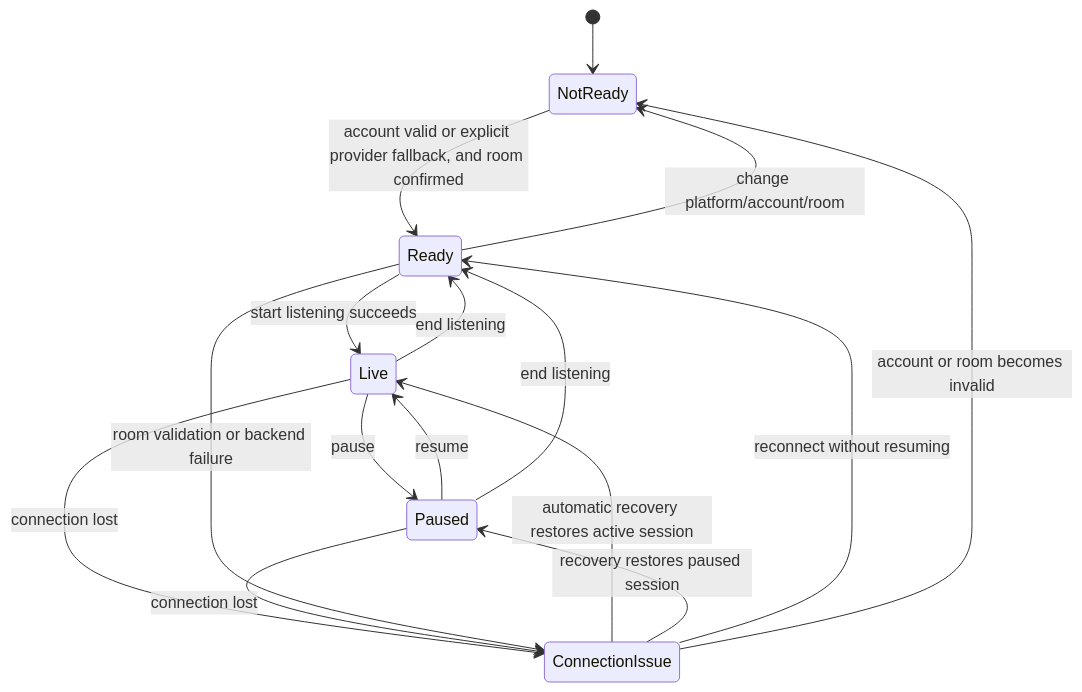
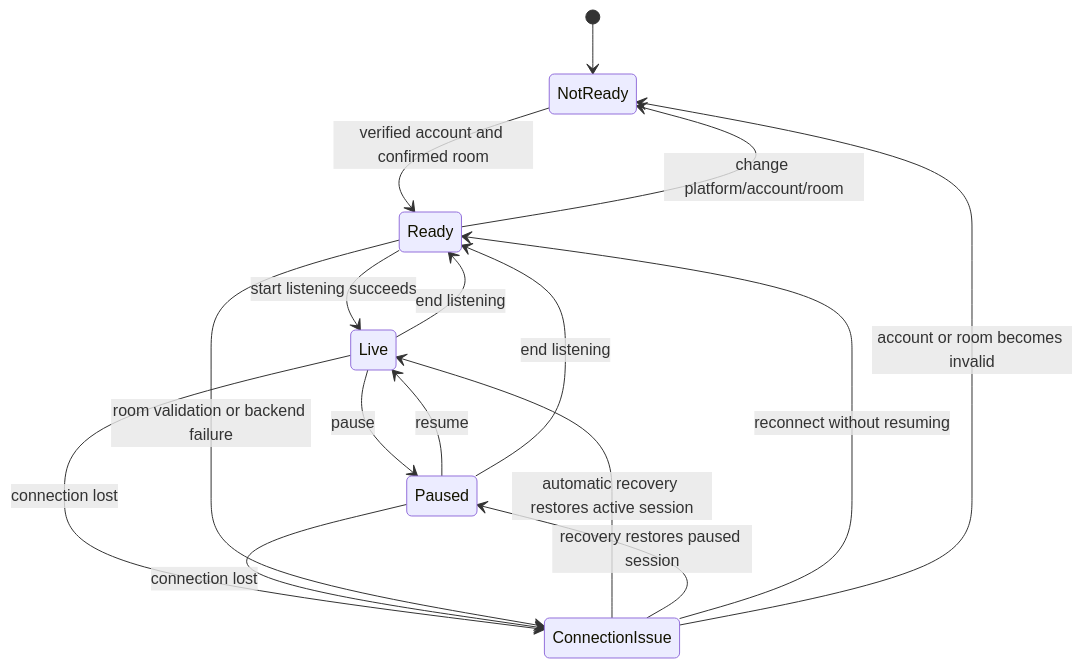
One commit to A-Archives-and-Forks/N.E.K.O changed the second of 2 diagrams in plugin/plugins/neko_live/docs/ui-ux-research-2026-07-13.md. Above: the diagram before and after it, drawn with Mermaid. The commit also changed other lines of this file and 104 other files, not shown here.

````diff
--- a/plugin/plugins/neko_live/docs/ui-ux-research-2026-07-13.md
+++ b/plugin/plugins/neko_live/docs/ui-ux-research-2026-07-13.md
@@ -707,18 +707,18 @@
 ```mermaid
 stateDiagram-v2
     [*] --> NotReady
-    NotReady --> Ready: account valid or explicit provider fallback, and room confirmed
+    NotReady --> Ready: verified account and confirmed room
     Ready --> Live: start listening succeeds
     Live --> Paused: pause
     Paused --> Live: resume
     Live --> Ready: end listening
     Paused --> Ready: end listening
     Ready --> NotReady: change platform/account/room
     Live --> ConnectionIssue: connection lost
     Paused --> ConnectionIssue: connection lost
     Ready --> ConnectionIssue: room validation or backend failure
     ConnectionIssue --> Live: automatic recovery restores active session
     ConnectionIssue --> Paused: recovery restores paused session
     ConnectionIssue --> Ready: reconnect without resuming
     ConnectionIssue --> NotReady: account or room becomes invalid
 ```
````
